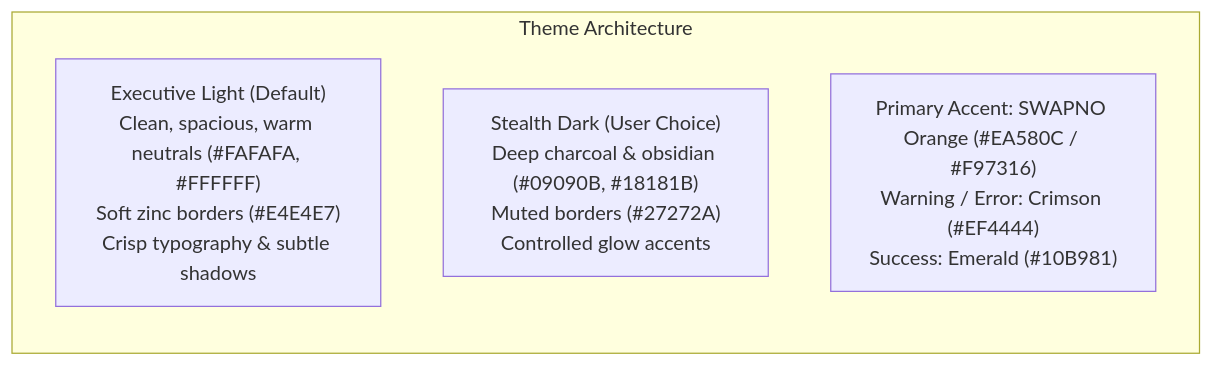
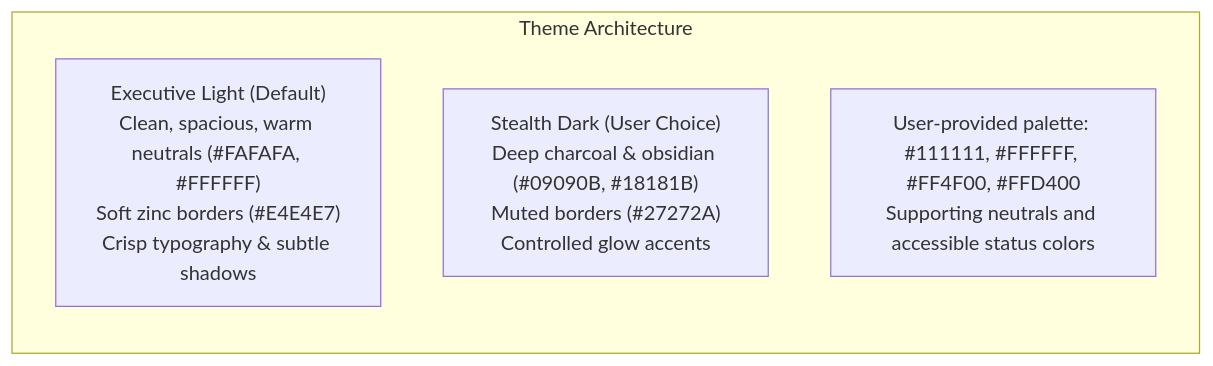
Before and after one commit to mi-murad/SwapnoAI: the first of 2 diagrams in docs/foundation/06-UX-AND-NAVIGATION.md, drawn with Mermaid. The commit also changed other lines of this file and 63 other files, not shown here.

````diff
--- a/docs/foundation/06-UX-AND-NAVIGATION.md
+++ b/docs/foundation/06-UX-AND-NAVIGATION.md
@@ -20,8 +20,8 @@
 ```mermaid
 graph LR
     subgraph Themes ["Theme Architecture"]
         Light["Executive Light (Default)<br/>Clean, spacious, warm neutrals (#FAFAFA, #FFFFFF)<br/>Soft zinc borders (#E4E4E7)<br/>Crisp typography & subtle shadows"]
         Dark["Stealth Dark (User Choice)<br/>Deep charcoal & obsidian (#09090B, #18181B)<br/>Muted borders (#27272A)<br/>Controlled glow accents"]
-        BrandAccent["Primary Accent: SWAPNO Orange (#EA580C / #F97316)<br/>Warning / Error: Crimson (#EF4444)<br/>Success: Emerald (#10B981)"]
+        BrandAccent["User-provided palette: #111111, #FFFFFF, #FF4F00, #FFD400<br/>Supporting neutrals and accessible status colors"]
     end
 ```
````
